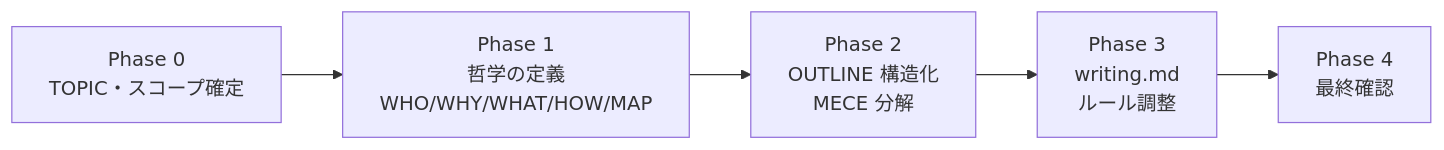
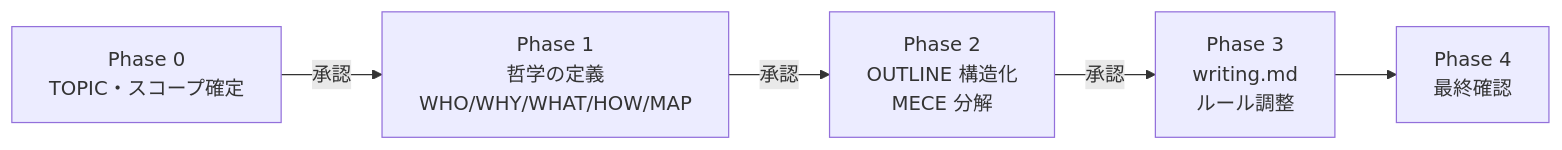
The second of 4 diagrams in README.md (yotaro0616/curriculum-writer), drawn with Mermaid before and after one commit. The commit also changed other lines of this file and 1 other file, not shown here.

Commit message:
/setup に各Phase完了時の承認ステップを追加
- Phase 0完了時: TOPIC・スコープの承認
- Phase 1完了時: CLAUDE.mdの承認
- Phase 2完了時: OUTLINE.mdの承認
- Phase 3+4: writing.md調整+最終確認をまとめて実施
- README の/setupフロー図にも承認ラベルを反映

````diff
--- a/README.md
+++ b/README.md
@@ -101,7 +101,7 @@
 ```mermaid
 flowchart LR
-    P0["Phase 0\nTOPIC・スコープ確定"] --> P1["Phase 1\n哲学の定義\nWHO/WHY/WHAT/HOW/MAP"]
-    P1 --> P2["Phase 2\nOUTLINE 構造化\nMECE 分解"]
-    P2 --> P3["Phase 3\nwriting.md\nルール調整"]
+    P0["Phase 0\nTOPIC・スコープ確定"] -->|承認| P1["Phase 1\n哲学の定義\nWHO/WHY/WHAT/HOW/MAP"]
+    P1 -->|承認| P2["Phase 2\nOUTLINE 構造化\nMECE 分解"]
+    P2 -->|承認| P3["Phase 3\nwriting.md\nルール調整"]
     P3 --> P4["Phase 4\n最終確認"]
 ```
````
